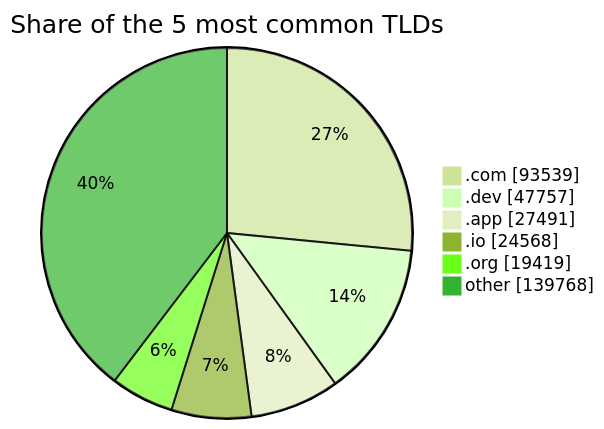
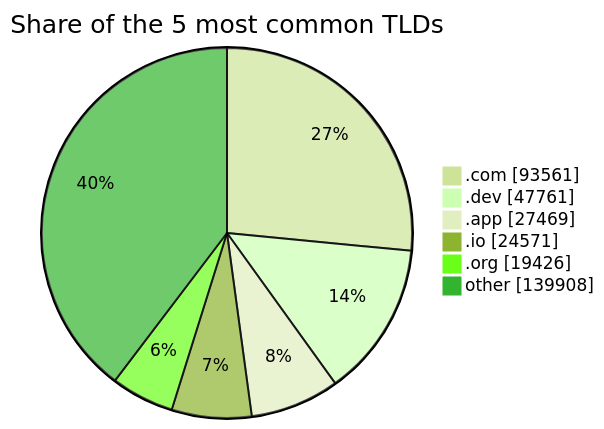
Before and after one commit to DNSBunker/CTI: the third of 3 diagrams in README.md, drawn with Mermaid (forest theme). The commit also changed other lines of this file and 3 other files, not shown here.

````diff
--- a/README.md
+++ b/README.md
@@ -81,9 +81,9 @@
 ```mermaid
 pie showData title Share of the 5 most common TLDs
-    ".com" : 93539
-    ".dev" : 47757
-    ".app" : 27491
-    ".io" : 24568
-    ".org" : 19419
-    "other" : 139768
+    ".com" : 93561
+    ".dev" : 47761
+    ".app" : 27469
+    ".io" : 24571
+    ".org" : 19426
+    "other" : 139908
 ```
````
